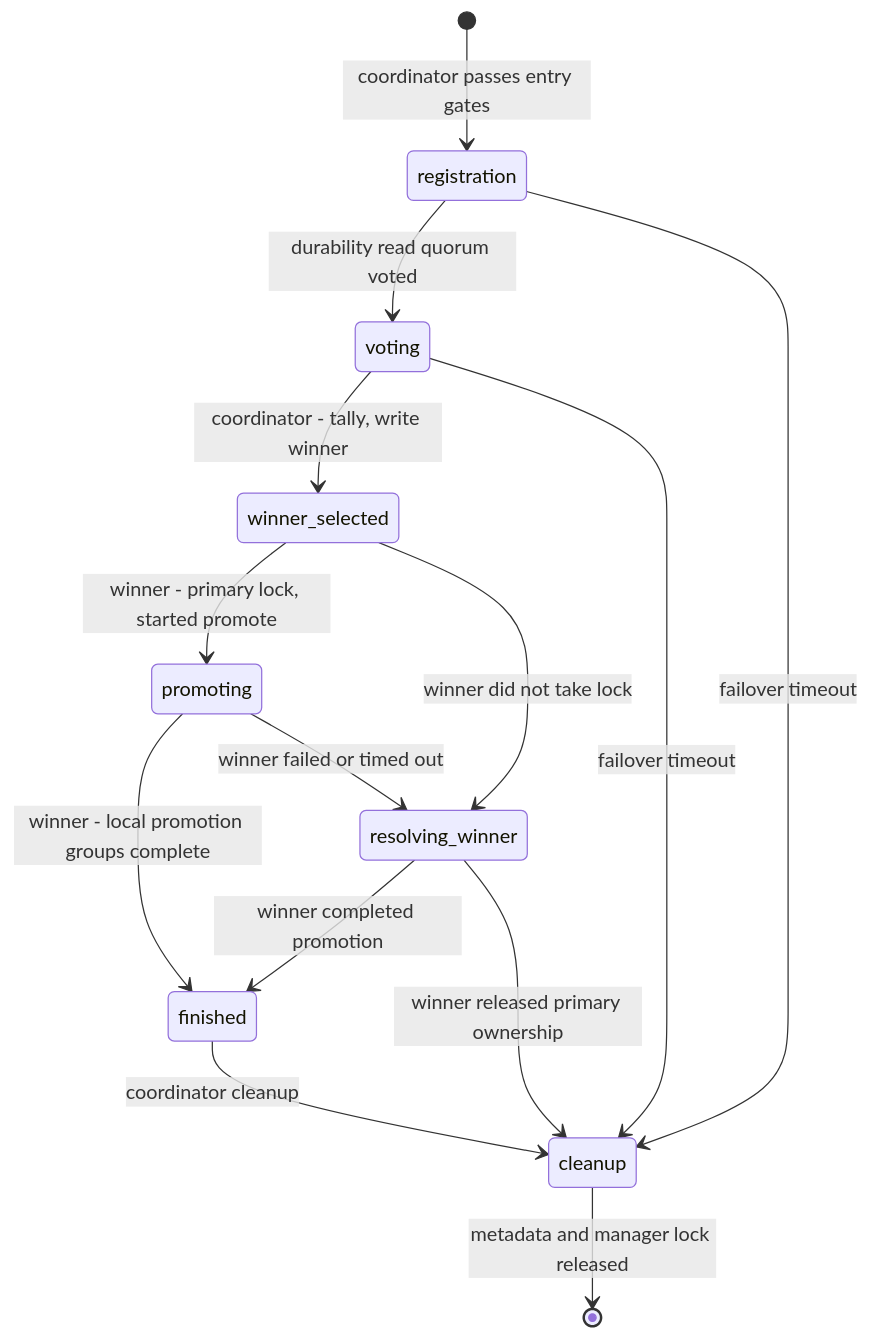
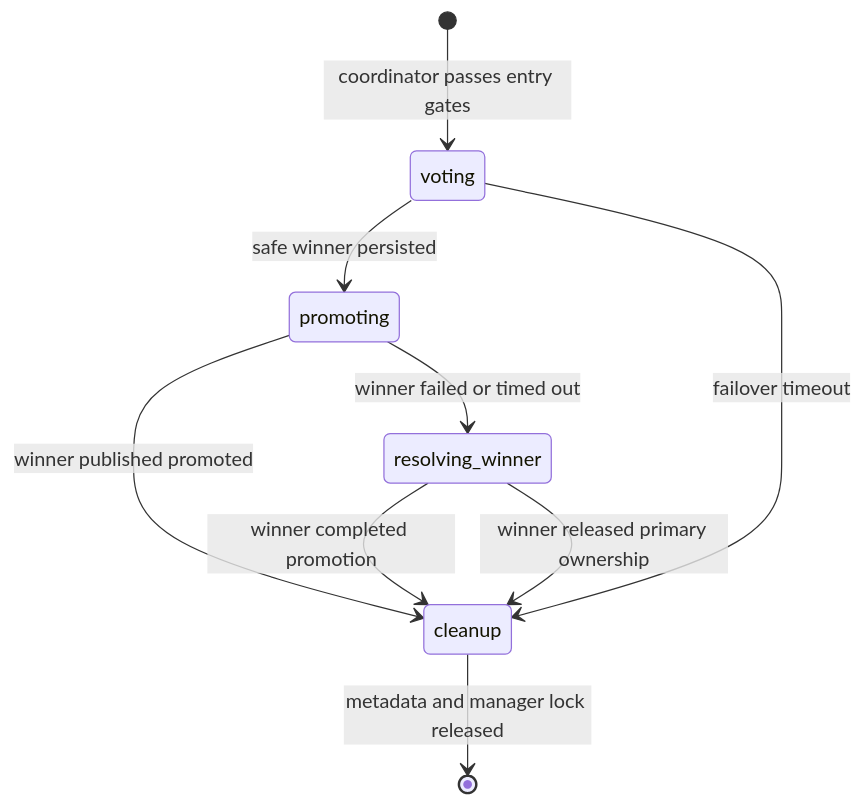
The diagram in adr/ADR-0007-failover-state-machine.md (yandex/pgconsul), drawn with Mermaid before and after one commit. The commit also changed other lines of this file and 25 other files, not shown here.

````diff
--- a/adr/ADR-0007-failover-state-machine.md
+++ b/adr/ADR-0007-failover-state-machine.md
@@ -100,16 +99,11 @@
 ```mermaid
 stateDiagram-v2
-    [*] --> registration : coordinator passes entry gates
-    registration --> voting : durability read quorum voted
-    voting --> winner_selected : coordinator - tally, write winner
-    winner_selected --> promoting : winner - primary lock, started promote
-    promoting --> finished : winner - local promotion groups complete
-    finished --> cleanup : coordinator cleanup
+    [*] --> voting : coordinator passes entry gates
+    voting --> promoting : safe winner persisted
+    promoting --> cleanup : winner published promoted
     cleanup --> [*] : metadata and manager lock released
-    registration --> cleanup : failover timeout
     voting --> cleanup : failover timeout
-    winner_selected --> resolving_winner : winner did not take lock
     promoting --> resolving_winner : winner failed or timed out
-    resolving_winner --> finished : winner completed promotion
+    resolving_winner --> cleanup : winner completed promotion
     resolving_winner --> cleanup : winner released primary ownership
 ```
````
